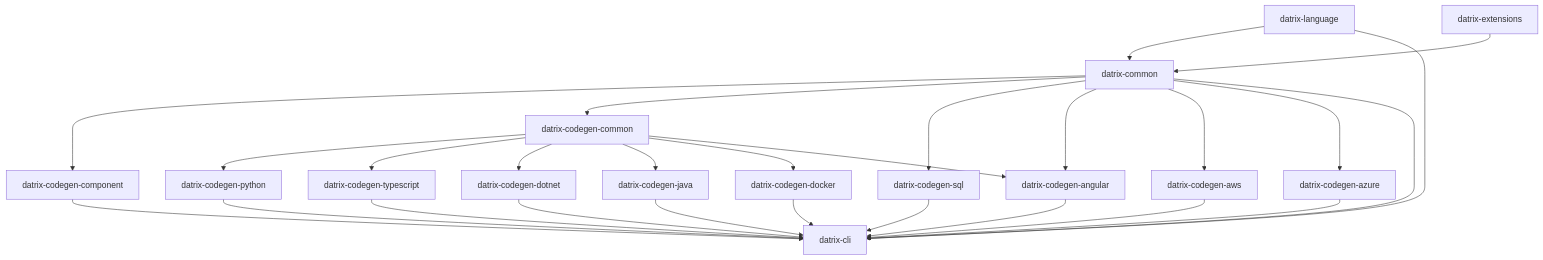
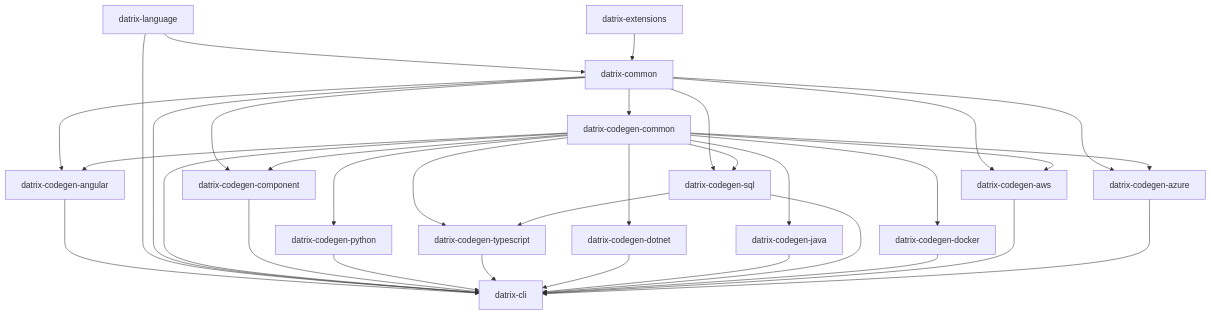
Before and after one commit to keturk/datrix: the diagram in docs/architecture/architecture-overview.md, drawn with Mermaid. The commit also changed other lines of this file and 26 other files, not shown here.

````diff
--- a/docs/architecture/architecture-overview.md
+++ b/docs/architecture/architecture-overview.md
@@ -68,30 +68,36 @@
 ```mermaid
 graph TD
  A[datrix-common]
  B[datrix-language] --> A
  L[datrix-extensions] --> A
  A --> CC[datrix-codegen-component]
  A --> CGC[datrix-codegen-common]
+ CGC --> CC
  CGC --> D[datrix-codegen-python]
  CGC --> E[datrix-codegen-typescript]
  CGC --> M[datrix-codegen-dotnet]
  CGC --> N[datrix-codegen-java]
  A --> F[datrix-codegen-sql]
+ CGC --> F
+ F --> E
  CGC --> G[datrix-codegen-docker]
  A --> ANG[datrix-codegen-angular]
  CGC --> ANG
  ANG --> K
  A --> I[datrix-codegen-aws]
+ CGC --> I
  A --> J[datrix-codegen-azure]
+ CGC --> J
  B --> K[datrix-cli]
  A --> K
+ CGC --> K
  CC --> K
  D --> K
  E --> K
  M --> K
  N --> K
  F --> K
  G --> K
  I --> K
  J --> K
 ```
````
